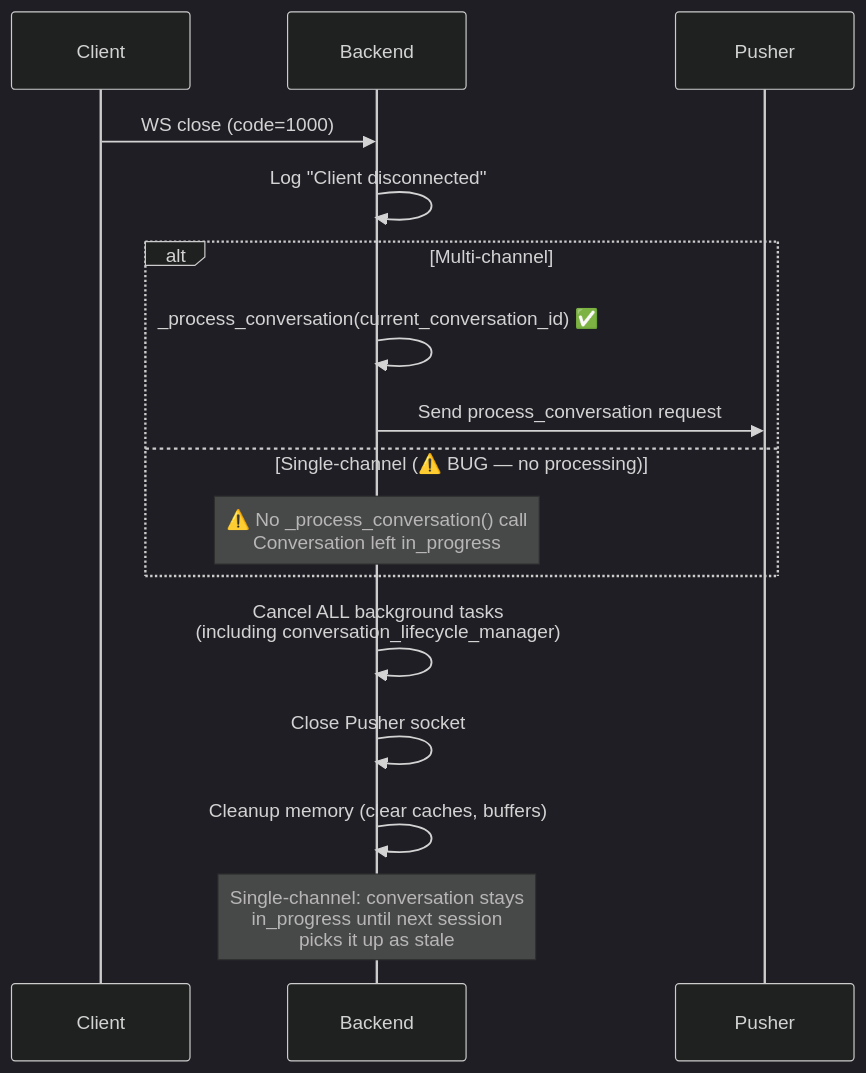
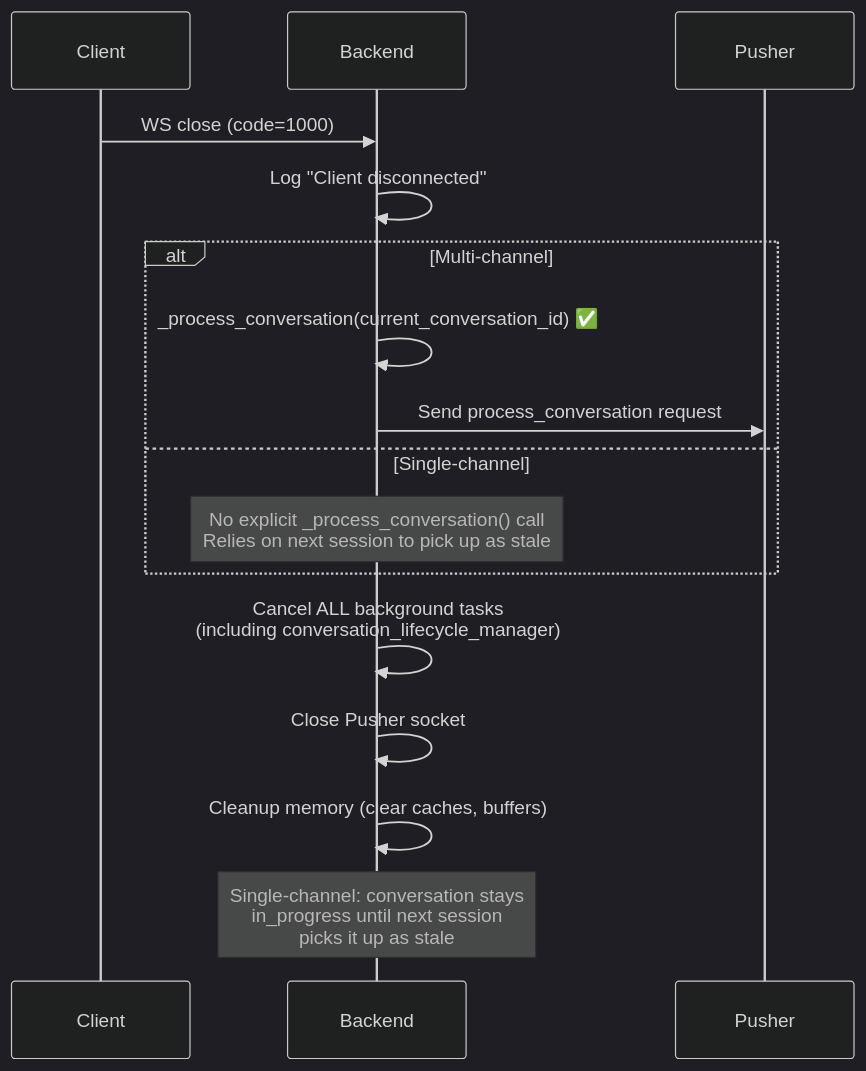
One commit to BasedHardware/omi changed the third of 5 diagrams in docs/doc/developer/backend/listen_pusher_pipeline.md. Above: the diagram before and after it, drawn with Mermaid (dark theme). The commit also changed other lines of this file, not shown here.

Commit message:
docs: remove unverified known issues from pipeline diagrams

````diff
--- a/docs/doc/developer/backend/listen_pusher_pipeline.md
+++ b/docs/doc/developer/backend/listen_pusher_pipeline.md
@@ -78,22 +78,22 @@
 ```mermaid
 sequenceDiagram
     participant Client
     participant Backend as Backend
     participant Pusher
 
     Client->>Backend: WS close (code=1000)
     Backend->>Backend: Log "Client disconnected"
 
     alt Multi-channel
         Backend->>Backend: _process_conversation(current_conversation_id) ✅
         Backend->>Pusher: Send process_conversation request
-    else Single-channel (⚠️ BUG — no processing)
-        Note over Backend: ⚠️ No _process_conversation() call<br/>Conversation left in_progress
+    else Single-channel
+        Note over Backend: No explicit _process_conversation() call<br/>Relies on next session to pick up as stale
     end
 
     Backend->>Backend: Cancel ALL background tasks<br/>(including conversation_lifecycle_manager)
     Backend->>Backend: Close Pusher socket
     Backend->>Backend: Cleanup memory (clear caches, buffers)
 
     Note over Backend: Single-channel: conversation stays<br/>in_progress until next session<br/>picks it up as stale
 ```
````
